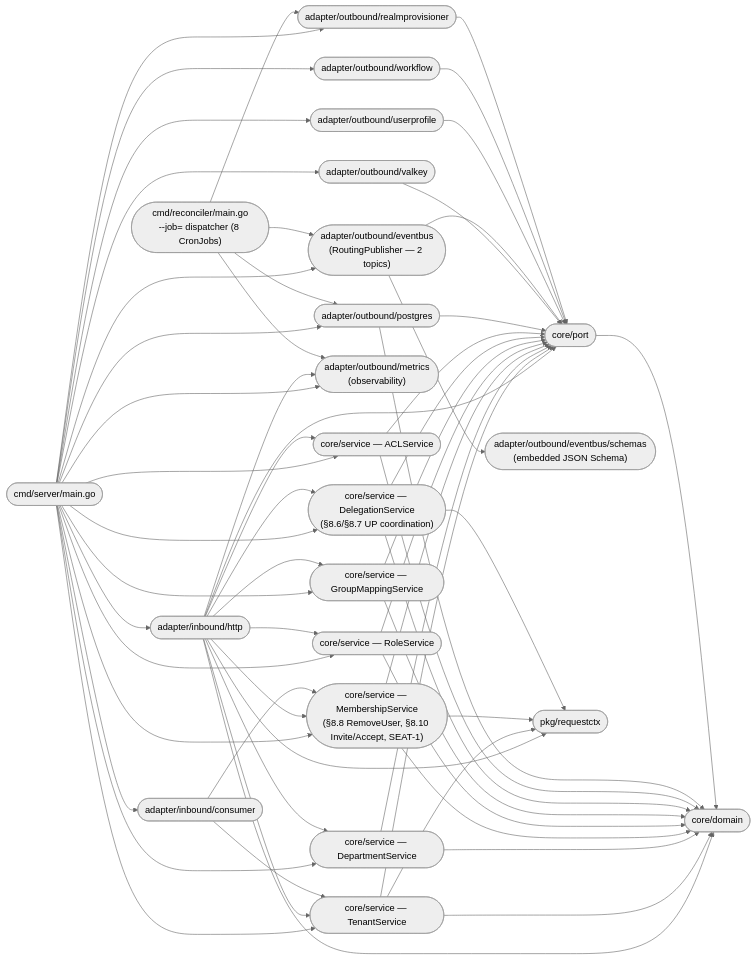
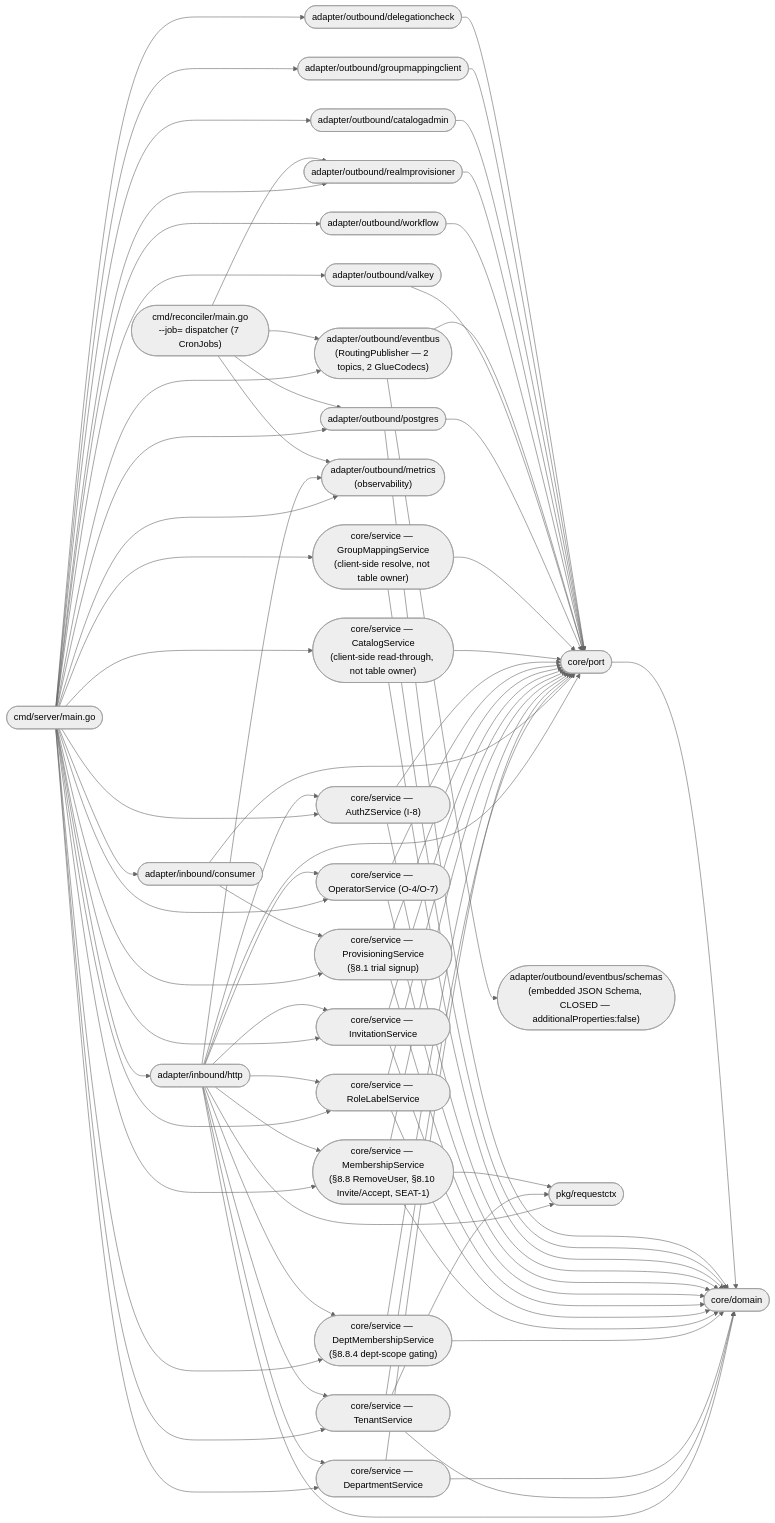
Before and after one commit to BCBP-SOLUTIONS-FZC-LLC/iam-org-membership: the diagram in docs/architecture/mermaid/package-dependencies.mmd, drawn with Mermaid (neutral theme). The commit also changed 227 other files, not shown here.

```diff
--- a/docs/architecture/mermaid/package-dependencies.mmd
+++ b/docs/architecture/mermaid/package-dependencies.mmd
@@ -1,93 +1,115 @@
 graph LR
     main(["cmd/server/main.go"])
-    reconciler(["cmd/reconciler/main.go\n--job=<name> dispatcher (8 CronJobs)"])
+    reconciler(["cmd/reconciler/main.go\n--job=<name> dispatcher (7 CronJobs)"])
 
     http_h(["adapter/inbound/http"])
     consumer(["adapter/inbound/consumer"])
 
     postgres(["adapter/outbound/postgres"])
     valkey(["adapter/outbound/valkey"])
-    eventbus(["adapter/outbound/eventbus\n(RoutingPublisher — 2 topics)"])
-    userprofile(["adapter/outbound/userprofile"])
+    eventbus(["adapter/outbound/eventbus\n(RoutingPublisher — 2 topics, 2 GlueCodecs)"])
     workflow(["adapter/outbound/workflow"])
     realmprovisioner(["adapter/outbound/realmprovisioner"])
+    catalogadmin(["adapter/outbound/catalogadmin"])
+    groupmappingclient(["adapter/outbound/groupmappingclient"])
+    delegationcheck(["adapter/outbound/delegationcheck"])
     metrics(["adapter/outbound/metrics\n(observability)"])
 
     tenant_svc(["core/service — TenantService"])
     dept_svc(["core/service — DepartmentService"])
+    deptmem_svc(["core/service — DeptMembershipService\n(§8.8.4 dept-scope gating)"])
     mem_svc(["core/service — MembershipService\n(§8.8 RemoveUser, §8.10 Invite/Accept, SEAT-1)"])
-    role_svc(["core/service — RoleService"])
-    gm_svc(["core/service — GroupMappingService"])
-    del_svc(["core/service — DelegationService\n(§8.6/§8.7 UP coordination)"])
-    acl_svc(["core/service — ACLService"])
+    rolelabel_svc(["core/service — RoleLabelService"])
+    invitation_svc(["core/service — InvitationService"])
+    provisioning_svc(["core/service — ProvisioningService\n(§8.1 trial signup)"])
+    operator_svc(["core/service — OperatorService (O-4/O-7)"])
+    authz_svc(["core/service — AuthZService (I-8)"])
+    catalog_svc(["core/service — CatalogService\n(client-side read-through, not table owner)"])
+    gm_svc(["core/service — GroupMappingService\n(client-side resolve, not table owner)"])
 
     port(["core/port"])
     domain(["core/domain"])
-    eventschema(["adapter/outbound/eventbus/schemas\n(embedded JSON Schema)"])
+    eventschema(["adapter/outbound/eventbus/schemas\n(embedded JSON Schema, CLOSED — additionalProperties:false)"])
     requestctx(["pkg/requestctx"])
 
     main        --> http_h
     main        --> consumer
     main        --> postgres
     main        --> valkey
     main        --> eventbus
-    main        --> userprofile
     main        --> workflow
     main        --> realmprovisioner
+    main        --> catalogadmin
+    main        --> groupmappingclient
+    main        --> delegationcheck
     main        --> metrics
     main        --> tenant_svc
     main        --> dept_svc
+    main        --> deptmem_svc
     main        --> mem_svc
-    main        --> role_svc
+    main        --> rolelabel_svc
+    main        --> invitation_svc
+    main        --> provisioning_svc
+    main        --> operator_svc
+    main        --> authz_svc
+    main        --> catalog_svc
     main        --> gm_svc
-    main        --> del_svc
-    main        --> acl_svc
 
     http_h      --> tenant_svc
     http_h      --> dept_svc
+    http_h      --> deptmem_svc
     http_h      --> mem_svc
-    http_h      --> role_svc
-    http_h      --> gm_svc
-    http_h      --> del_svc
-    http_h      --> acl_svc
+    http_h      --> rolelabel_svc
+    http_h      --> invitation_svc
+    http_h      --> operator_svc
+    http_h      --> authz_svc
     http_h      --> port
     http_h      --> domain
     http_h      --> requestctx
     http_h      --> metrics
 
-    consumer    --> tenant_svc
-    consumer    --> mem_svc
+    consumer    --> provisioning_svc
+    consumer    --> port
 
     reconciler  --> postgres
     reconciler  --> eventbus
     reconciler  --> realmprovisioner
     reconciler  --> metrics
 
     tenant_svc  --> port
     tenant_svc  --> domain
     tenant_svc  --> requestctx
     dept_svc    --> port
     dept_svc    --> domain
+    deptmem_svc --> port
+    deptmem_svc --> domain
     mem_svc     --> port
     mem_svc     --> domain
     mem_svc     --> requestctx
-    role_svc    --> port
-    role_svc    --> domain
+    rolelabel_svc --> port
+    rolelabel_svc --> domain
+    invitation_svc --> port
+    invitation_svc --> domain
+    provisioning_svc --> port
+    provisioning_svc --> domain
+    operator_svc --> port
+    operator_svc --> domain
+    authz_svc   --> port
+    authz_svc   --> domain
+    catalog_svc --> port
+    catalog_svc --> domain
     gm_svc      --> port
     gm_svc      --> domain
-    del_svc     --> port
-    del_svc     --> domain
-    del_svc     --> requestctx
-    acl_svc     --> port
-    acl_svc     --> domain
 
     postgres    --> port
     postgres    --> domain
     valkey      --> port
     eventbus    --> port
     eventbus    --> eventschema
-    userprofile --> port
     workflow    --> port
     realmprovisioner --> port
+    catalogadmin --> port
+    groupmappingclient --> port
+    delegationcheck --> port
 
     port        --> domain
```
